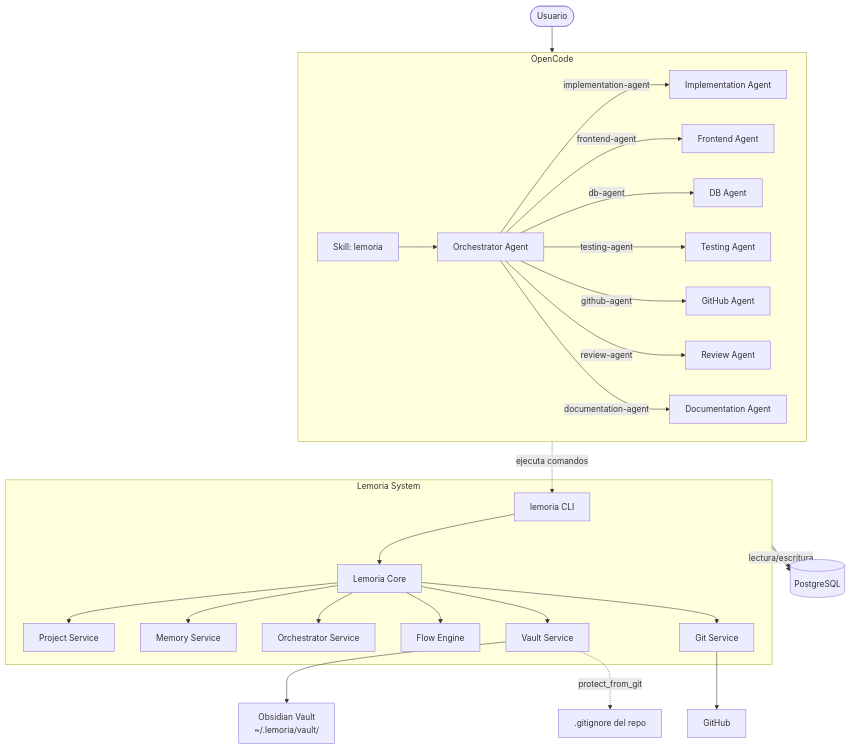
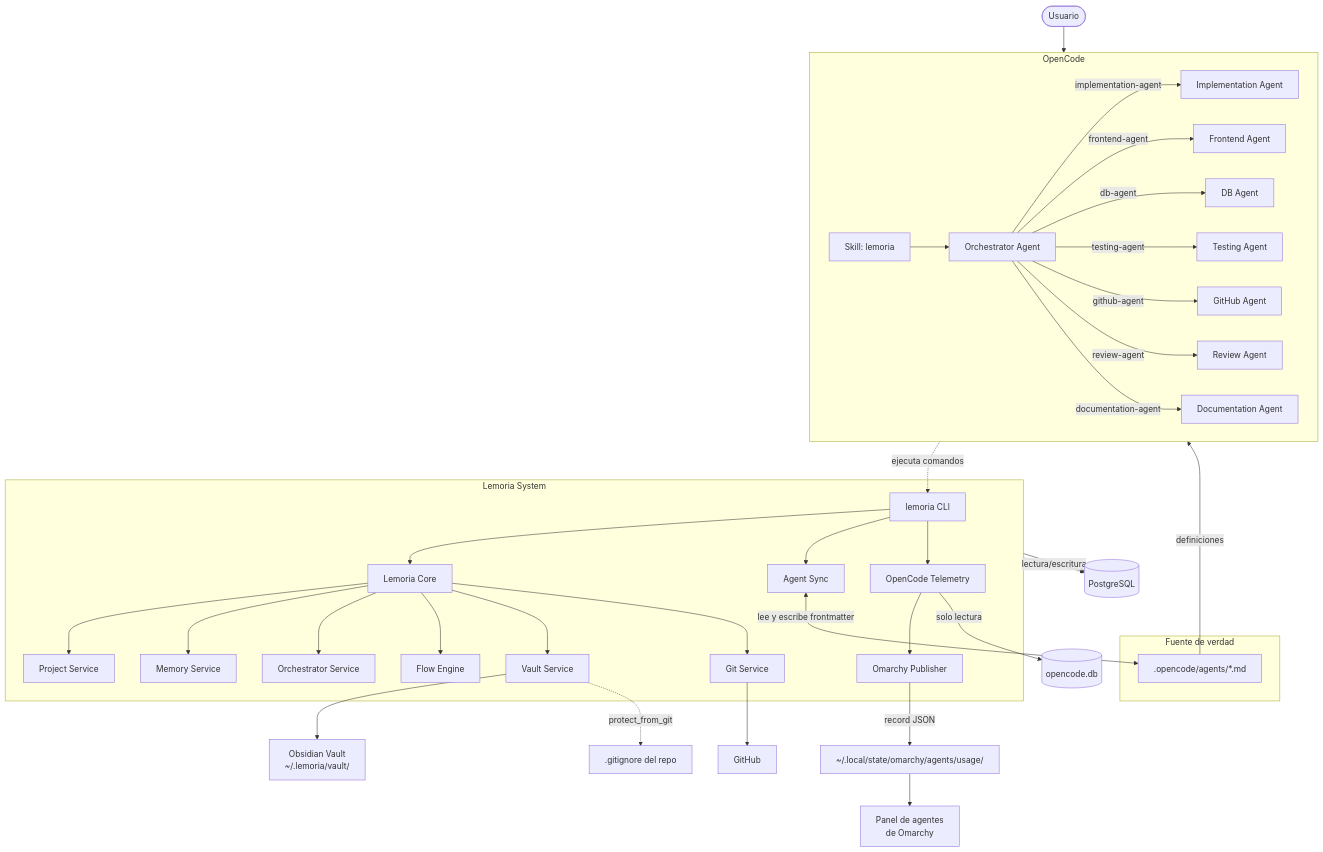
Before and after one commit to devcristianlopez/lemoria: the first of 5 diagrams in docs/ARCHITECTURE.md, drawn with Mermaid. The commit also changed other lines of this file and 12 other files, not shown here.

First line of the commit message:
feat(agents): registrar subagentes y publicar su uso a Omarchy

````diff
--- a/docs/ARCHITECTURE.md
+++ b/docs/ARCHITECTURE.md
@@ -5,33 +5,47 @@
 ```mermaid
 graph TB
   USER([Usuario]) --> OC[OpenCode]
 
   subgraph OC[OpenCode]
     SKILL[Skill: lemoria] --> OA[Orchestrator Agent]
     OA -->|implementation-agent| IA[Implementation Agent]
     OA -->|frontend-agent| FA[Frontend Agent]
     OA -->|db-agent| DA[DB Agent]
     OA -->|testing-agent| TA[Testing Agent]
     OA -->|github-agent| GA[GitHub Agent]
     OA -->|review-agent| RA[Review Agent]
     OA -->|documentation-agent| DOA[Documentation Agent]
   end
 
   subgraph LEMORIA[Lemoria System]
     CLI[lemoria CLI] --> CORE[Lemoria Core]
     CORE --> PS[Project Service]
     CORE --> MS[Memory Service]
     CORE --> ORCH[Orchestrator Service]
     CORE --> FE[Flow Engine]
     CORE --> VS[Vault Service]
     CORE --> GS[Git Service]
+    CLI --> AS[Agent Sync]
+    CLI --> OCS[OpenCode Telemetry]
+    OCS --> OP[Omarchy Publisher]
   end
+
+  subgraph MD[Fuente de verdad]
+    AGMD[.opencode/agents/*.md]
+  end
+
+  AS <-->|lee y escribe frontmatter| AGMD
+  AGMD -->|definiciones| OC
+
+  OCS -->|solo lectura| OCDB[("opencode.db")]
+  OP -->|record JSON| OMREC["~/.local/state/omarchy/agents/usage/"]
+  OMREC --> OMPANEL[Panel de agentes<br/>de Omarchy]
 
   LEMORIA --> DB[(PostgreSQL)]
   VS --> OBSIDIAN[Obsidian Vault<br/>~/.lemoria/vault/]
   VS -.->|protect_from_git| GITIGNORE[.gitignore del repo]
   GS --> GITHUB[GitHub]
 
   OC -.->|ejecuta comandos| CLI
   LEMORIA -->|lectura/escritura| DB
 ```
````
